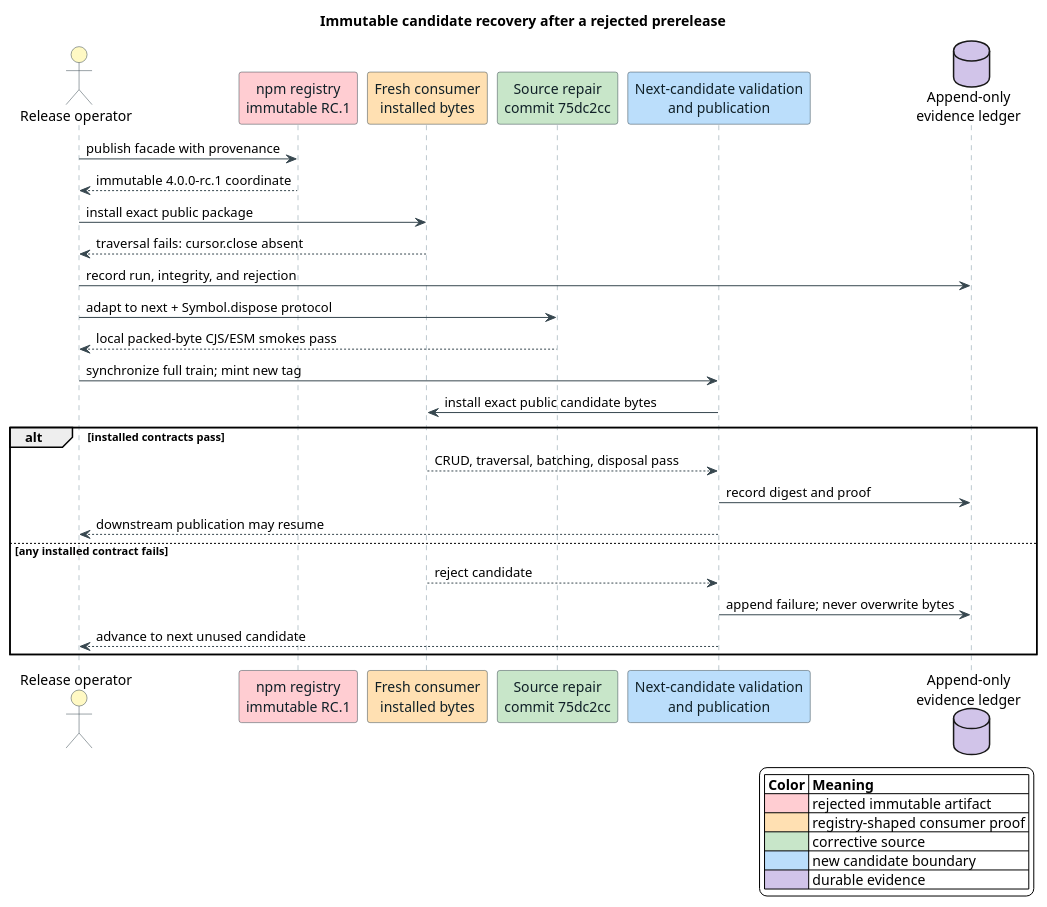
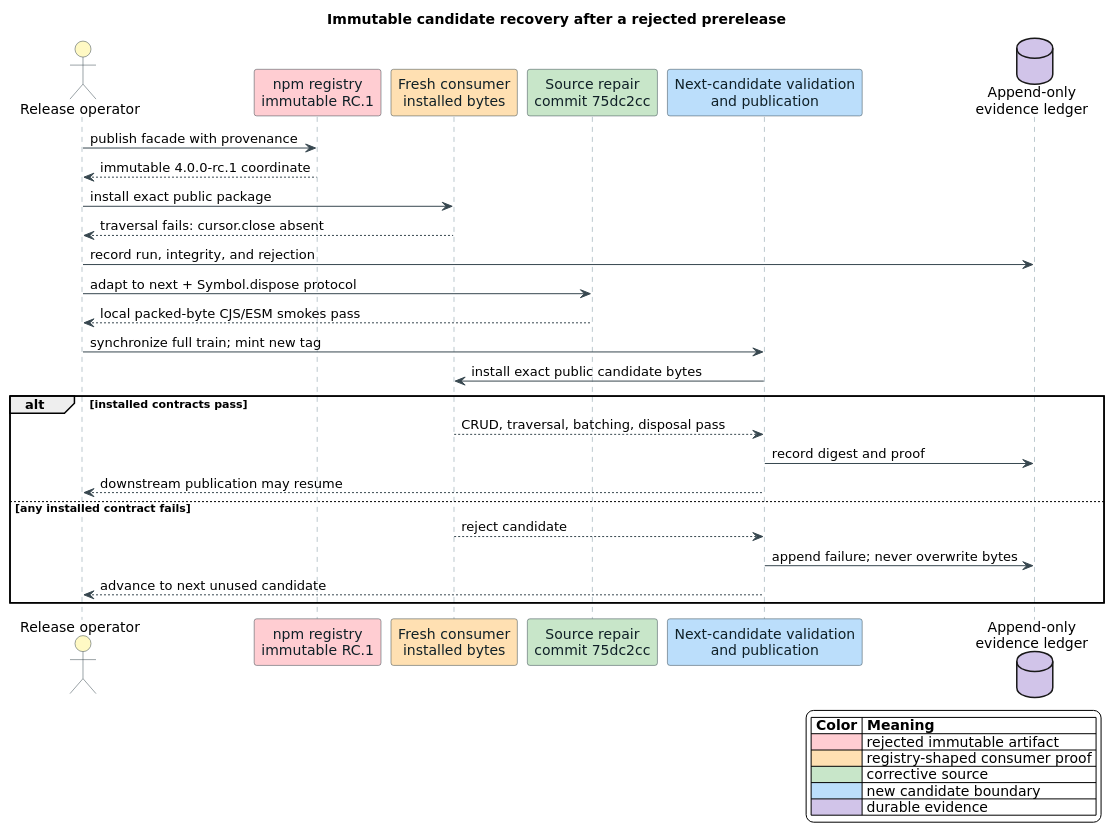
One commit to vinary-tree/liblevenshtein-rust changed the diagram in docs/diagrams/bindings/rejected-candidate-recovery.puml. Above: the diagram before and after it, drawn with PlantUML. The commit also changed 19 other files, not shown here.

First line of the commit message:
docs(bindings): make diagram evidence reproducible and complete

```diff
--- a/docs/diagrams/bindings/rejected-candidate-recovery.puml
+++ b/docs/diagrams/bindings/rejected-candidate-recovery.puml
@@ -1,50 +1,51 @@
 @startuml
 ' Immutable-candidate recovery protocol exercised by RC.1 through RC.4.
 skinparam backgroundColor #FFFFFF
 skinparam shadowing false
+skinparam defaultFontName "DejaVu Sans"
 skinparam sequence {
   ArrowColor #37474F
   ActorBorderColor #37474F
   LifeLineBorderColor #78909C
   LifeLineBackgroundColor #ECEFF1
   ParticipantBorderColor #37474F
   ParticipantFontColor #102027
 }
 
 title Immutable candidate recovery after a rejected prerelease
 
 actor "Release operator" as OP #FFF9C4
 participant "npm registry\nimmutable RC.1" as NPM1 #FFCDD2
 participant "Fresh consumer\ninstalled bytes" as CONSUMER #FFE0B2
 participant "Source repair\ncommit 75dc2cc" as SOURCE #C8E6C9
 participant "Next-candidate validation\nand publication" as NEXT #BBDEFB
 database "Append-only\nevidence ledger" as LEDGER #D1C4E9
 
 OP -> NPM1 : publish facade with provenance
 NPM1 --> OP : immutable 4.0.0-rc.1 coordinate
 OP -> CONSUMER : install exact public package
 CONSUMER --> OP : traversal fails: cursor.close absent
 OP -> LEDGER : record run, integrity, and rejection
 OP -> SOURCE : adapt to next + Symbol.dispose protocol
 SOURCE --> OP : local packed-byte CJS/ESM smokes pass
 OP -> NEXT : synchronize full train; mint new tag
 NEXT -> CONSUMER : install exact public candidate bytes
 alt installed contracts pass
   CONSUMER --> NEXT : CRUD, traversal, batching, disposal pass
   NEXT -> LEDGER : record digest and proof
   NEXT --> OP : downstream publication may resume
 else any installed contract fails
   CONSUMER --> NEXT : reject candidate
   NEXT -> LEDGER : append failure; never overwrite bytes
   NEXT --> OP : advance to next unused candidate
 end
 
 legend right
   |= Color |= Meaning |
   |<#FFCDD2>| rejected immutable artifact |
   |<#FFE0B2>| registry-shaped consumer proof |
   |<#C8E6C9>| corrective source |
   |<#BBDEFB>| new candidate boundary |
   |<#D1C4E9>| durable evidence |
 endlegend
 @enduml
```
